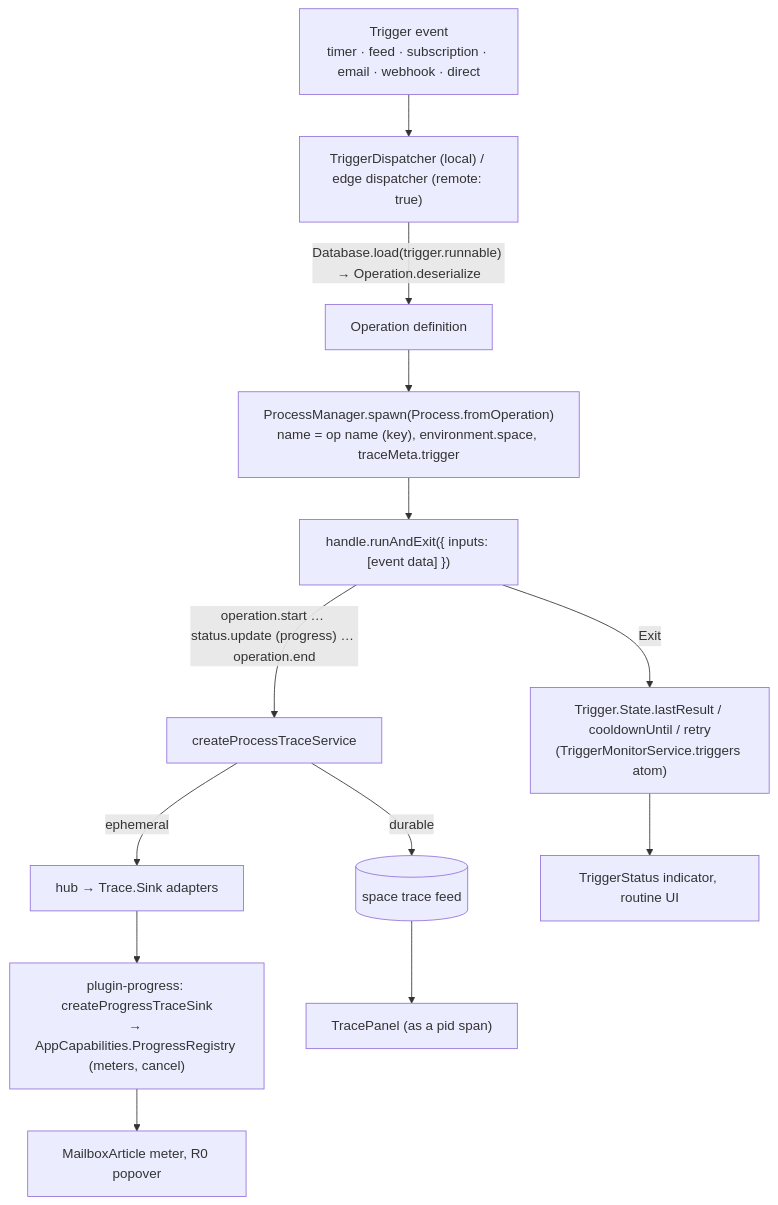
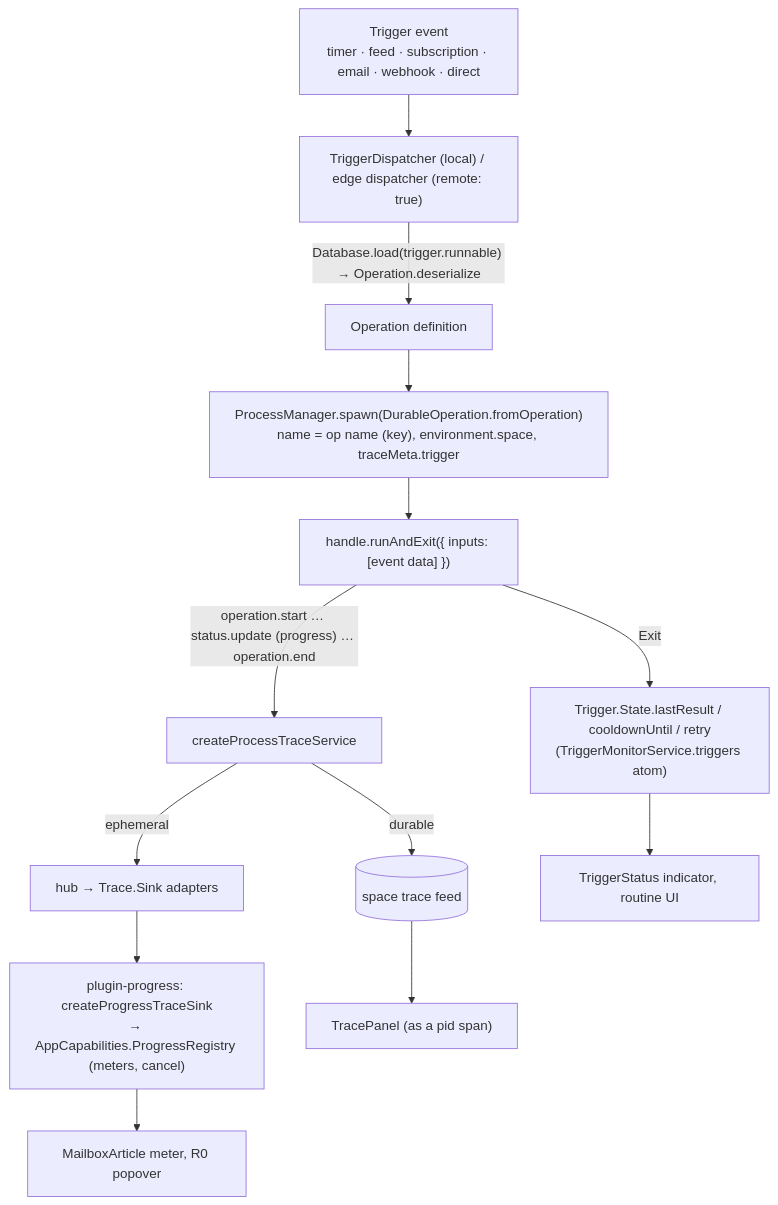
The fourth of 9 diagrams in packages/plugins/plugin-assistant/docs/ACTIVITY.md (dxos/dxos), drawn with Mermaid before and after one commit. The commit also changed other lines of this file and 54 other files, not shown here.

Commit message:
compute: make process definitions durable operations (#13656)

````diff
--- a/packages/plugins/plugin-assistant/docs/ACTIVITY.md
+++ b/packages/plugins/plugin-assistant/docs/ACTIVITY.md
@@ -271,15 +271,15 @@
 ```mermaid
 flowchart TB
   EV["Trigger event<br/>timer · feed · subscription · email · webhook · direct"] --> TD
   TD["TriggerDispatcher (local) / edge dispatcher (remote: true)"] -->|"Database.load(trigger.runnable) → Operation.deserialize"| DEF[Operation definition]
-  DEF --> SP["ProcessManager.spawn(Process.fromOperation)<br/>name = op name (key), environment.space, traceMeta.trigger"]
+  DEF --> SP["ProcessManager.spawn(DurableOperation.fromOperation)<br/>name = op name (key), environment.space, traceMeta.trigger"]
   SP --> RUN["handle.runAndExit({ inputs: [event data] })"]
   RUN -->|"operation.start … status.update (progress) … operation.end"| TS[createProcessTraceService]
   TS -->|durable| FEED[("space trace feed")]
   TS -->|ephemeral| HUB["hub → Trace.Sink adapters"]
   HUB --> PR["plugin-progress: createProgressTraceSink<br/>→ AppCapabilities.ProgressRegistry (meters, cancel)"]
   RUN -->|Exit| ST["Trigger.State.lastResult / cooldownUntil / retry<br/>(TriggerMonitorService.triggers atom)"]
   ST --> TSTAT["TriggerStatus indicator, routine UI"]
   FEED --> TP["TracePanel (as a pid span)"]
   PR --> METER["MailboxArticle meter, R0 popover"]
 ```
````
